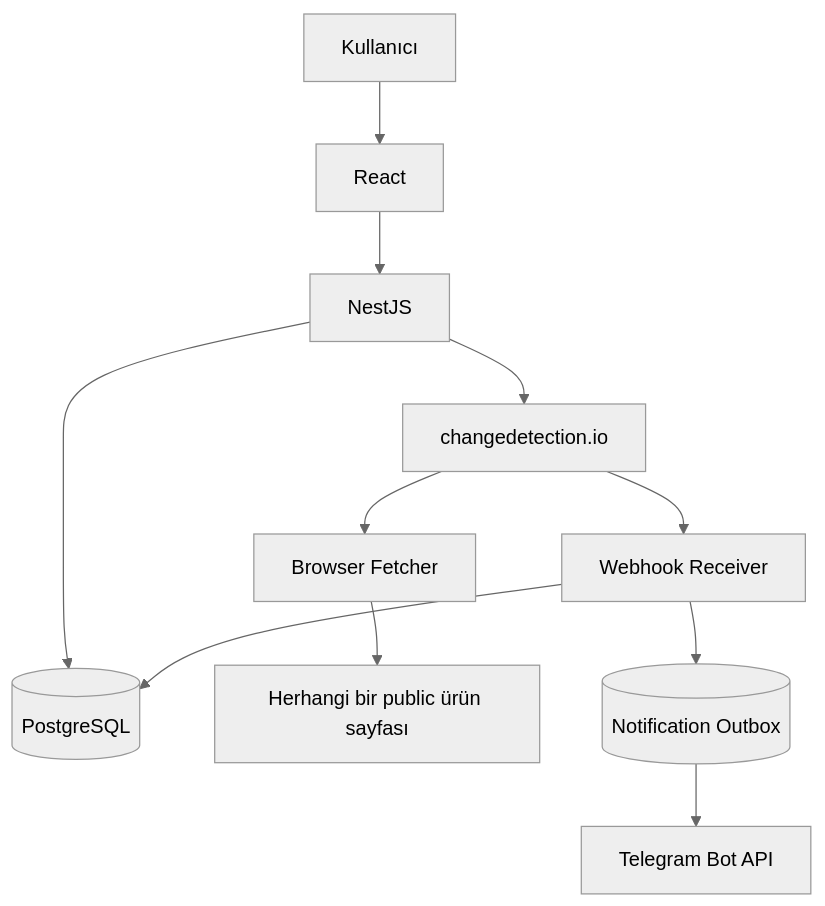
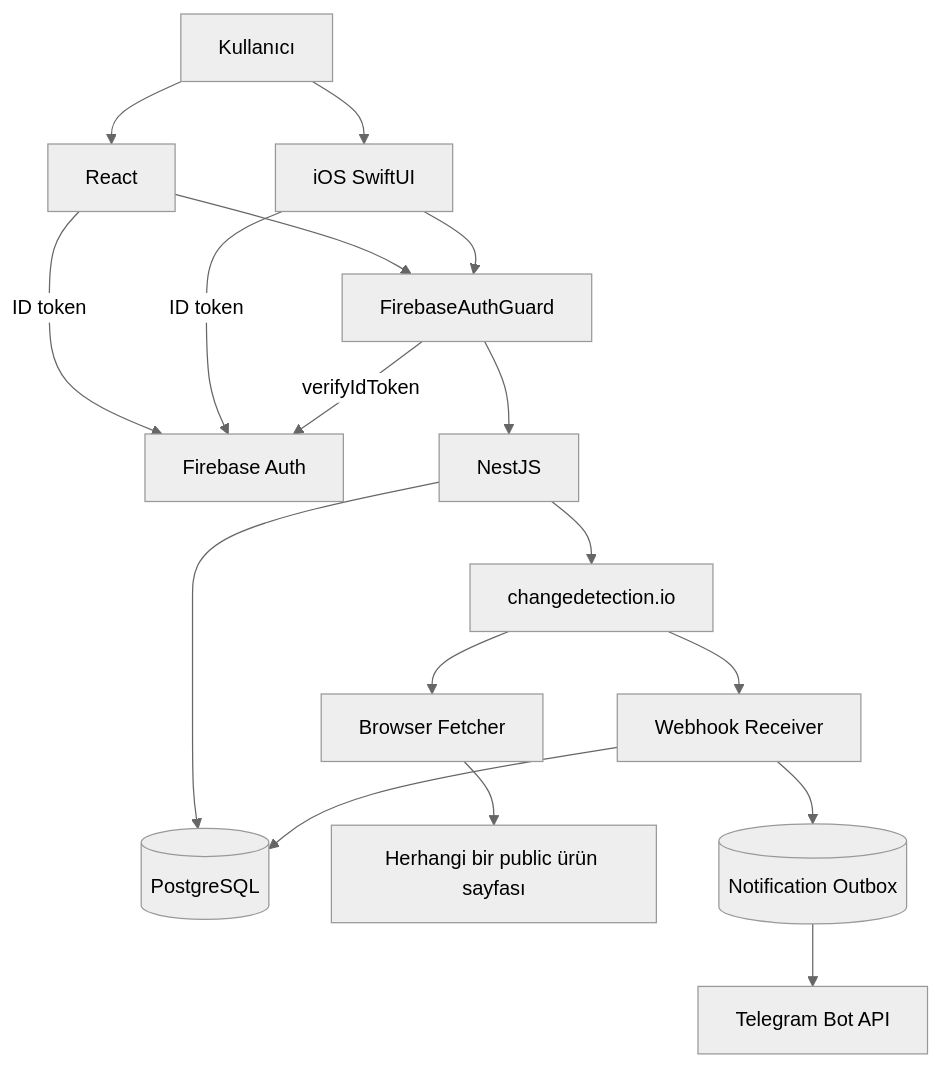
The first of 4 diagrams in docs/ARCHITECTURE.md (EfeAslangul/tracora), drawn with Mermaid (neutral theme) before and after one commit. The commit also changed other lines of this file and 71 other files, not shown here.

First line of the commit message:
feat(auth): add Firebase authentication and multi-tenancy support

````diff
--- a/docs/ARCHITECTURE.md
+++ b/docs/ARCHITECTURE.md
@@ -18,24 +18,33 @@
 ```mermaid
 flowchart TB
     User[Kullanıcı]
     Web[React]
+    IOS[iOS SwiftUI]
+    Firebase[Firebase Auth]
     API[NestJS]
+    Guard[FirebaseAuthGuard]
     DB[(PostgreSQL)]
     CD[changedetection.io]
     Browser[Browser Fetcher]
     Store[Herhangi bir public ürün sayfası]
     Telegram[Telegram Bot API]
     Webhook[Webhook Receiver]
     Outbox[(Notification Outbox)]
 
     User --> Web
-    Web --> API
+    User --> IOS
+    Web -- ID token --> Firebase
+    IOS -- ID token --> Firebase
+    Web --> Guard
+    IOS --> Guard
+    Guard -- verifyIdToken --> Firebase
+    Guard --> API
     API --> DB
     API --> CD
     CD --> Browser
     Browser --> Store
     CD --> Webhook
     Webhook --> DB
     Webhook --> Outbox
     Outbox --> Telegram
 ```
````
